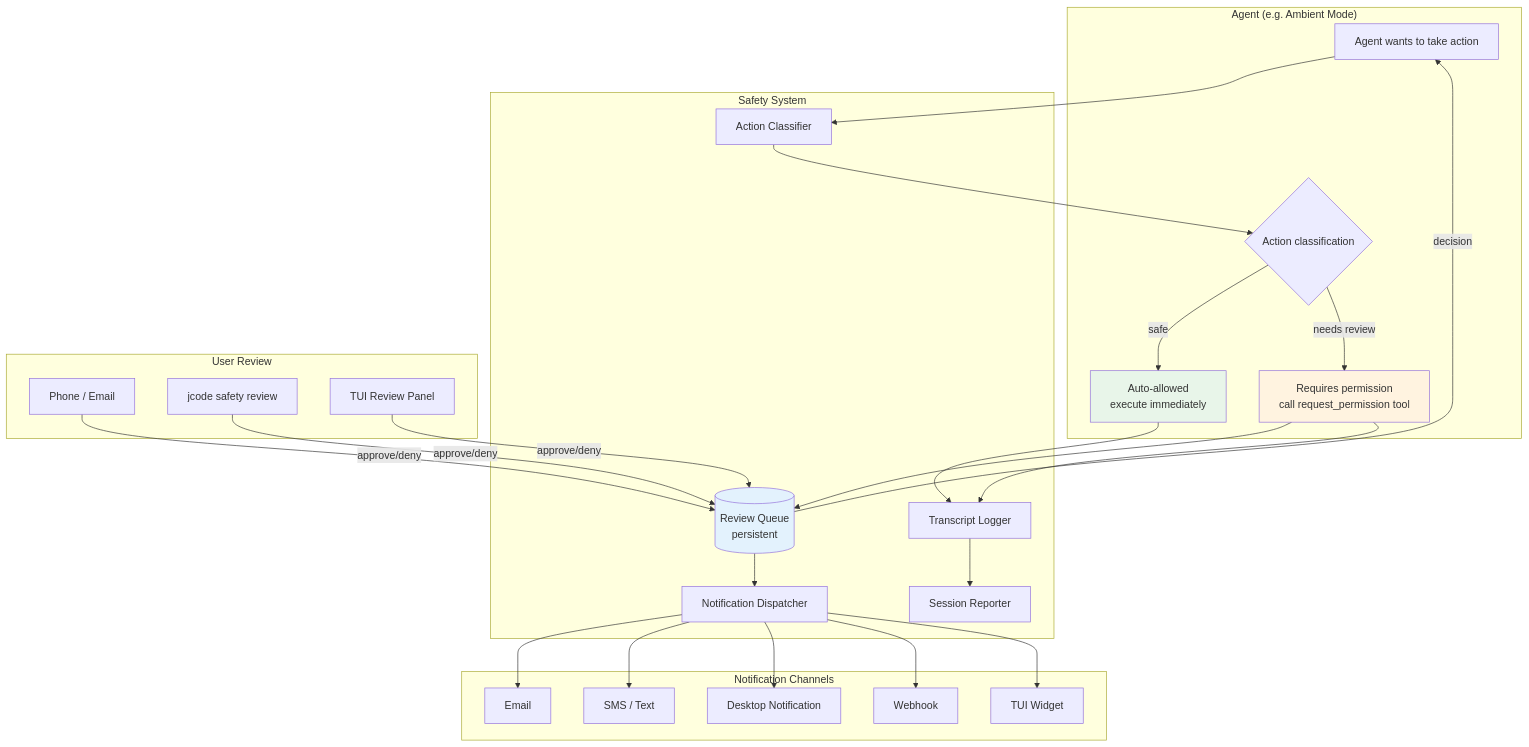
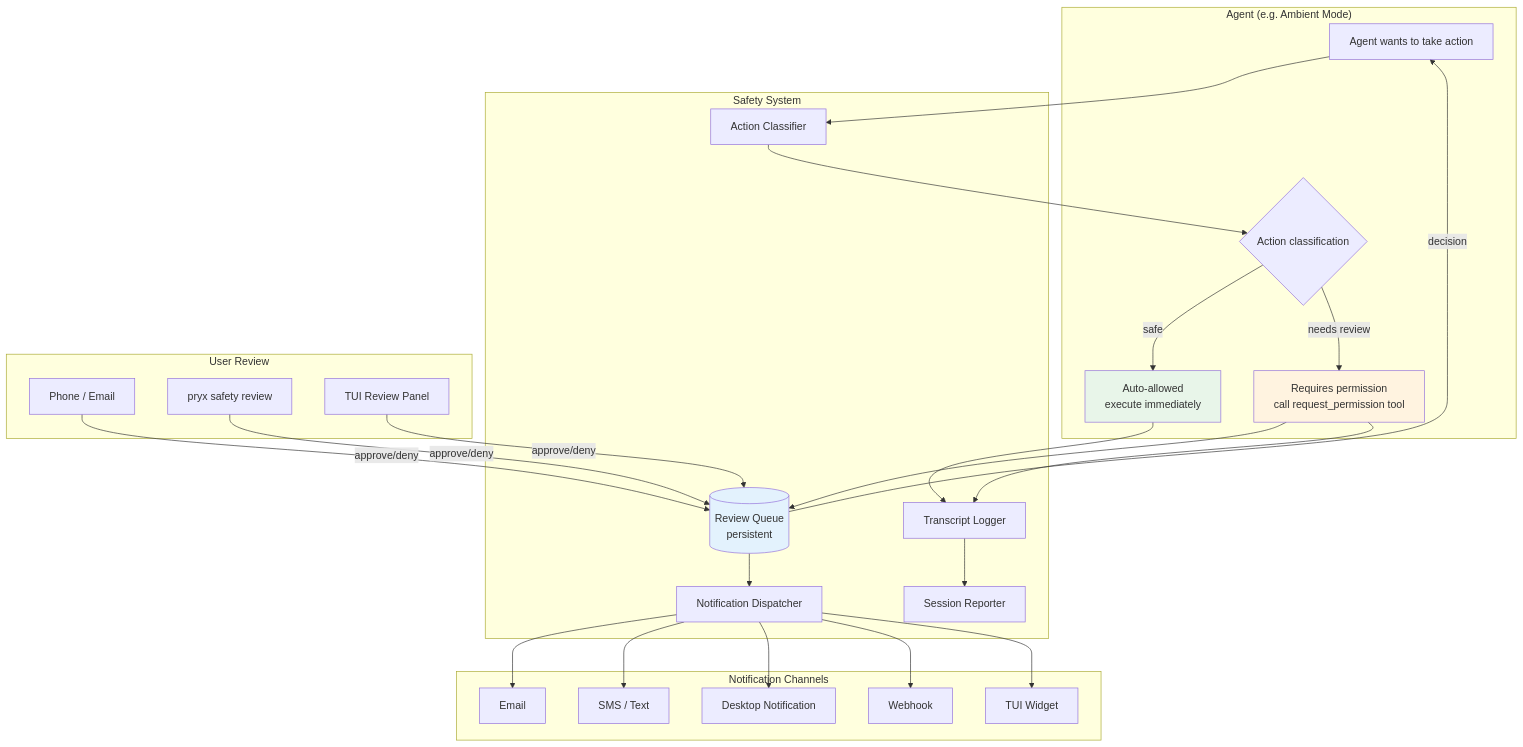
The first of 3 diagrams in docs/SAFETY_SYSTEM.md (irfndi/pryx), drawn with Mermaid before and after one commit. The commit also changed other lines of this file and 2678 other files, not shown here.

First line of the commit message:
refactor: rename jcode to pryx across the entire codebase

````diff
--- a/docs/SAFETY_SYSTEM.md
+++ b/docs/SAFETY_SYSTEM.md
@@ -23,57 +23,57 @@
 ```mermaid
 graph TB
     subgraph "Agent (e.g. Ambient Mode)"
         A[Agent wants to take action]
         AC{Action classification}
         AUTO[Auto-allowed<br/>execute immediately]
         PERM[Requires permission<br/>call request_permission tool]
     end
 
     subgraph "Safety System"
         RQ[(Review Queue<br/>persistent)]
         CL[Action Classifier]
         NF[Notification Dispatcher]
         TL[Transcript Logger]
         SR[Session Reporter]
     end
 
     subgraph "Notification Channels"
         EM[Email]
         SM[SMS / Text]
         DN[Desktop Notification]
         WH[Webhook]
         TUI[TUI Widget]
     end
 
     subgraph "User Review"
         PH[Phone / Email]
-        CLI[jcode safety review]
+        CLI[pryx safety review]
         TW[TUI Review Panel]
     end
 
     A --> CL
     CL --> AC
     AC -->|safe| AUTO
     AC -->|needs review| PERM
 
     PERM --> RQ
     RQ --> NF
     NF --> EM
     NF --> SM
     NF --> DN
     NF --> WH
     NF --> TUI
 
     PH -->|approve/deny| RQ
     CLI -->|approve/deny| RQ
     TW -->|approve/deny| RQ
     RQ -->|decision| A
 
     AUTO --> TL
     PERM --> TL
     TL --> SR
 
     style AUTO fill:#e8f5e9
     style PERM fill:#fff3e0
     style RQ fill:#e3f2fd
 ```
````
